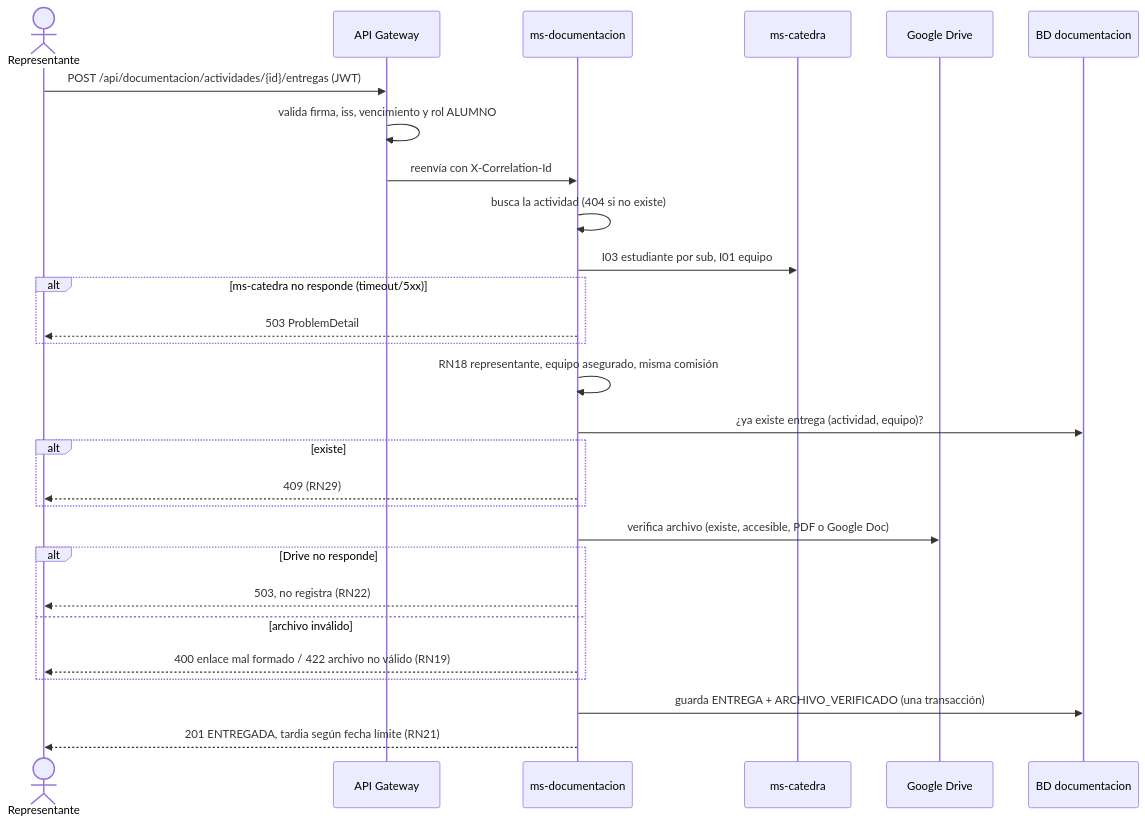
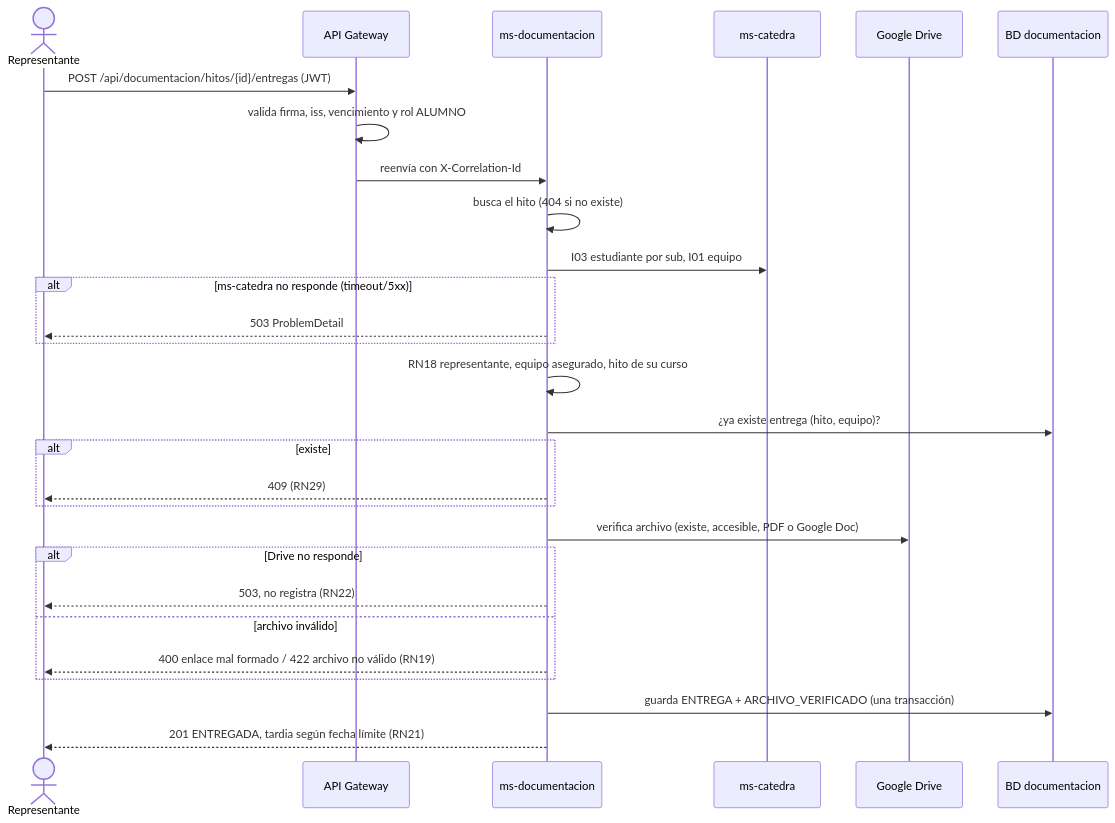
Before and after one commit to nicovillacorta12/atenas: the first of 4 diagrams in docs/09-flujos.md, drawn with Mermaid. The commit also changed other lines of this file and 18 other files, not shown here.

````diff
--- a/docs/09-flujos.md
+++ b/docs/09-flujos.md
@@ -6,30 +6,30 @@
 ```mermaid
 sequenceDiagram
     actor R as Representante
     participant GW as API Gateway
     participant DOC as ms-documentacion
     participant CAT as ms-catedra
     participant DR as Google Drive
     participant DB as BD documentacion
-    R->>GW: POST /api/documentacion/actividades/{id}/entregas (JWT)
+    R->>GW: POST /api/documentacion/hitos/{id}/entregas (JWT)
     GW->>GW: valida firma, iss, vencimiento y rol ALUMNO
     GW->>DOC: reenvía con X-Correlation-Id
-    DOC->>DOC: busca la actividad (404 si no existe)
+    DOC->>DOC: busca el hito (404 si no existe)
     DOC->>CAT: I03 estudiante por sub, I01 equipo
     alt ms-catedra no responde (timeout/5xx)
         DOC-->>R: 503 ProblemDetail
     end
-    DOC->>DOC: RN18 representante, equipo asegurado, misma comisión
-    DOC->>DB: ¿ya existe entrega (actividad, equipo)?
+    DOC->>DOC: RN18 representante, equipo asegurado, hito de su curso
+    DOC->>DB: ¿ya existe entrega (hito, equipo)?
     alt existe
         DOC-->>R: 409 (RN29)
     end
     DOC->>DR: verifica archivo (existe, accesible, PDF o Google Doc)
     alt Drive no responde
         DOC-->>R: 503, no registra (RN22)
     else archivo inválido
         DOC-->>R: 400 enlace mal formado / 422 archivo no válido (RN19)
     end
     DOC->>DB: guarda ENTREGA + ARCHIVO_VERIFICADO (una transacción)
     DOC-->>R: 201 ENTREGADA, tardia según fecha límite (RN21)
 ```
````
